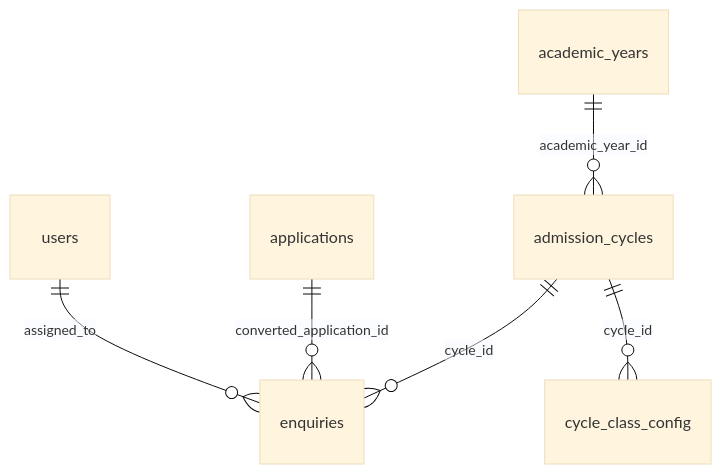
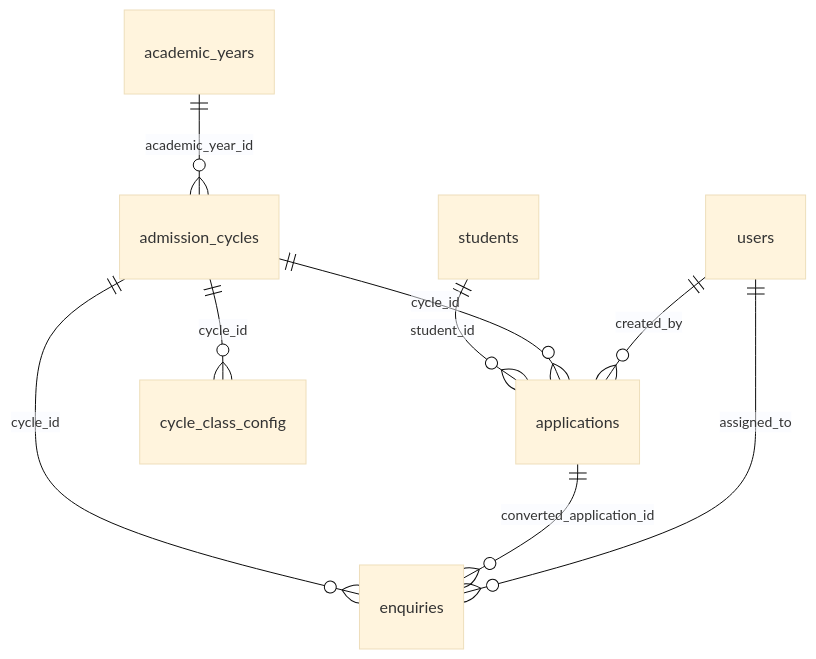
Before and after one commit to shivansh2277/School-management-system: the tenth of 27 diagrams in docs/DATABASE.md, drawn with Mermaid (base theme). The commit also changed other lines of this file and 348 other files, not shown here.

````diff
--- a/docs/DATABASE.md
+++ b/docs/DATABASE.md
@@ -1508,8 +1534,11 @@
 ```mermaid
 erDiagram
     users ||--o{ enquiries : "assigned_to"
     applications ||--o{ enquiries : "converted_application_id"
     admission_cycles ||--o{ enquiries : "cycle_id"
     academic_years ||--o{ admission_cycles : "academic_year_id"
     admission_cycles ||--o{ cycle_class_config : "cycle_id"
+    users ||--o{ applications : "created_by"
+    admission_cycles ||--o{ applications : "cycle_id"
+    students ||--o{ applications : "student_id"
 ```
````
